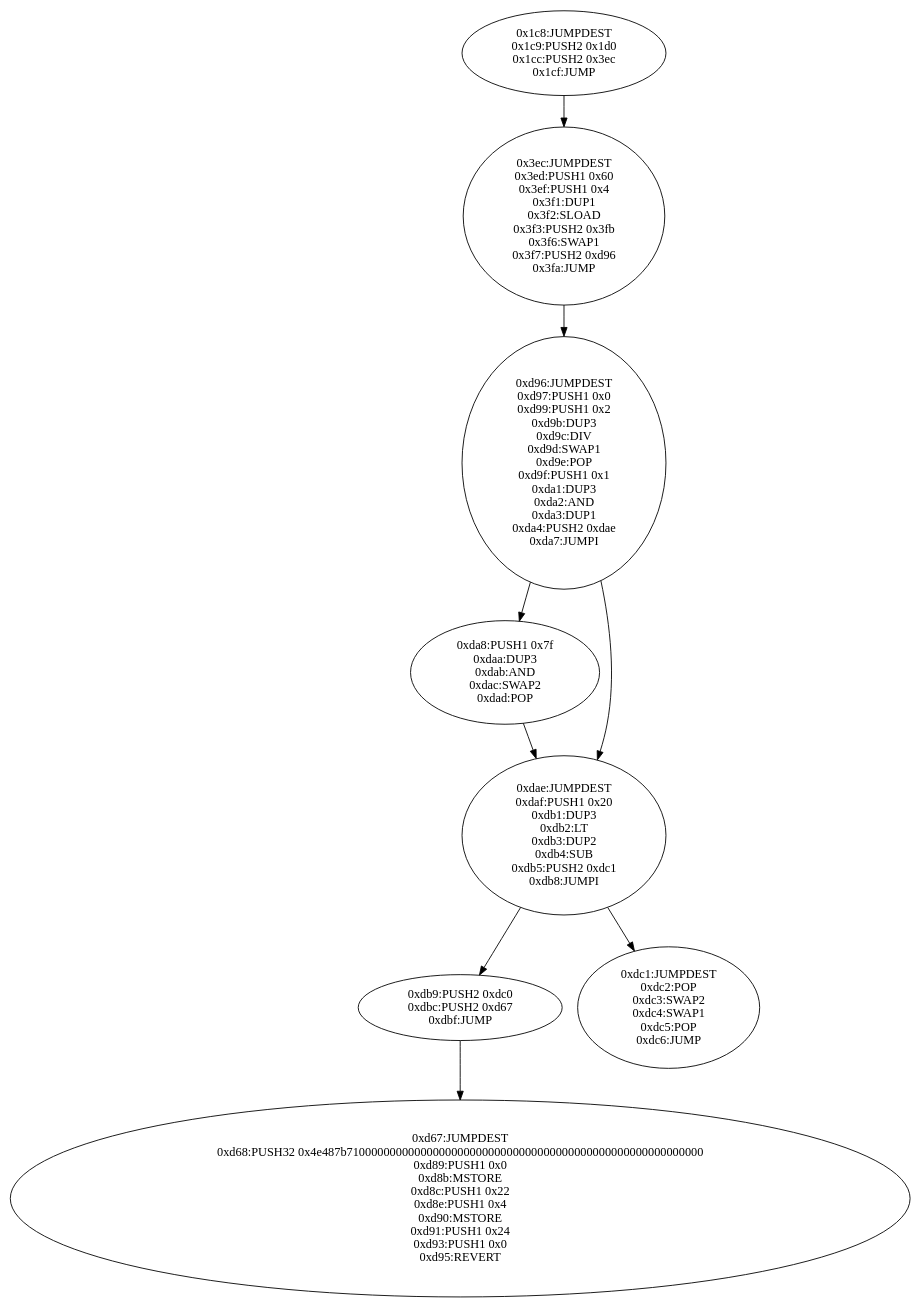
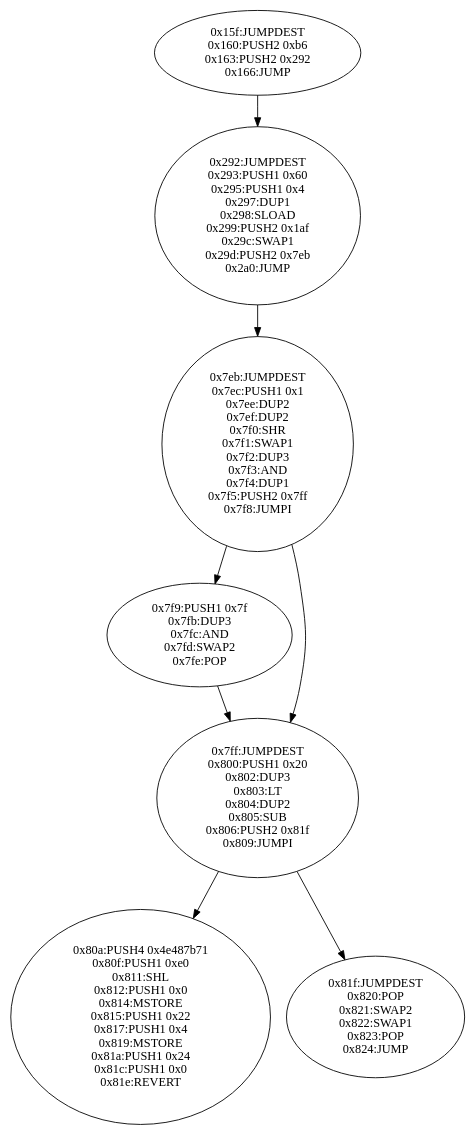
The diagram in erc20-example/cfg/output/Token.bin-runtime_symbol().dot (steventhornton/openzeppelin-research-project), drawn with Graphviz before and after one commit. The commit also changed 12 other files, not shown here.

```diff
--- a/erc20-example/cfg/output/Token.bin-runtime_symbol().dot
+++ b/erc20-example/cfg/output/Token.bin-runtime_symbol().dot
@@ -1,69 +1,64 @@
 digraph{
-456[label="0x1c8:JUMPDEST
-0x1c9:PUSH2 0x1d0
-0x1cc:PUSH2 0x3ec
-0x1cf:JUMP"]
-456 -> 1004
-1004[label="0x3ec:JUMPDEST
-0x3ed:PUSH1 0x60
-0x3ef:PUSH1 0x4
-0x3f1:DUP1
-0x3f2:SLOAD
-0x3f3:PUSH2 0x3fb
-0x3f6:SWAP1
-0x3f7:PUSH2 0xd96
-0x3fa:JUMP"]
-1004 -> 3478
-3478[label="0xd96:JUMPDEST
-0xd97:PUSH1 0x0
-0xd99:PUSH1 0x2
-0xd9b:DUP3
-0xd9c:DIV
-0xd9d:SWAP1
-0xd9e:POP
-0xd9f:PUSH1 0x1
-0xda1:DUP3
-0xda2:AND
-0xda3:DUP1
-0xda4:PUSH2 0xdae
-0xda7:JUMPI"]
-3478 -> 3496
-3478 -> 3502
-3496[label="0xda8:PUSH1 0x7f
-0xdaa:DUP3
-0xdab:AND
-0xdac:SWAP2
-0xdad:POP"]
-3496 -> 3502
-3502[label="0xdae:JUMPDEST
-0xdaf:PUSH1 0x20
-0xdb1:DUP3
-0xdb2:LT
-0xdb3:DUP2
-0xdb4:SUB
-0xdb5:PUSH2 0xdc1
-0xdb8:JUMPI"]
-3502 -> 3513
-3502 -> 3521
-3513[label="0xdb9:PUSH2 0xdc0
-0xdbc:PUSH2 0xd67
-0xdbf:JUMP"]
-3513 -> 3431
-3431[label="0xd67:JUMPDEST
-0xd68:PUSH32 0x4e487b7100000000000000000000000000000000000000000000000000000000
-0xd89:PUSH1 0x0
-0xd8b:MSTORE
-0xd8c:PUSH1 0x22
-0xd8e:PUSH1 0x4
-0xd90:MSTORE
-0xd91:PUSH1 0x24
-0xd93:PUSH1 0x0
-0xd95:REVERT"]
-3521[label="0xdc1:JUMPDEST
-0xdc2:POP
-0xdc3:SWAP2
-0xdc4:SWAP1
-0xdc5:POP
-0xdc6:JUMP"]
+351[label="0x15f:JUMPDEST
+0x160:PUSH2 0xb6
+0x163:PUSH2 0x292
+0x166:JUMP"]
+351 -> 658
+658[label="0x292:JUMPDEST
+0x293:PUSH1 0x60
+0x295:PUSH1 0x4
+0x297:DUP1
+0x298:SLOAD
+0x299:PUSH2 0x1af
+0x29c:SWAP1
+0x29d:PUSH2 0x7eb
+0x2a0:JUMP"]
+658 -> 2027
+2027[label="0x7eb:JUMPDEST
+0x7ec:PUSH1 0x1
+0x7ee:DUP2
+0x7ef:DUP2
+0x7f0:SHR
+0x7f1:SWAP1
+0x7f2:DUP3
+0x7f3:AND
+0x7f4:DUP1
+0x7f5:PUSH2 0x7ff
+0x7f8:JUMPI"]
+2027 -> 2041
+2027 -> 2047
+2041[label="0x7f9:PUSH1 0x7f
+0x7fb:DUP3
+0x7fc:AND
+0x7fd:SWAP2
+0x7fe:POP"]
+2041 -> 2047
+2047[label="0x7ff:JUMPDEST
+0x800:PUSH1 0x20
+0x802:DUP3
+0x803:LT
+0x804:DUP2
+0x805:SUB
+0x806:PUSH2 0x81f
+0x809:JUMPI"]
+2047 -> 2058
+2047 -> 2079
+2058[label="0x80a:PUSH4 0x4e487b71
+0x80f:PUSH1 0xe0
+0x811:SHL
+0x812:PUSH1 0x0
+0x814:MSTORE
+0x815:PUSH1 0x22
+0x817:PUSH1 0x4
+0x819:MSTORE
+0x81a:PUSH1 0x24
+0x81c:PUSH1 0x0
+0x81e:REVERT"]
+2079[label="0x81f:JUMPDEST
+0x820:POP
+0x821:SWAP2
+0x822:SWAP1
+0x823:POP
+0x824:JUMP"]
 
 }
```
